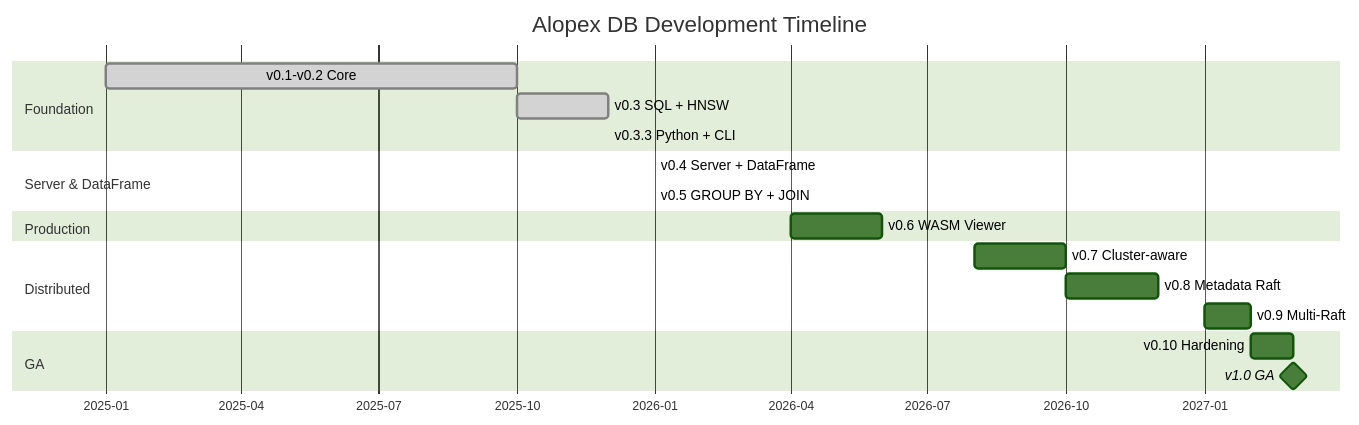
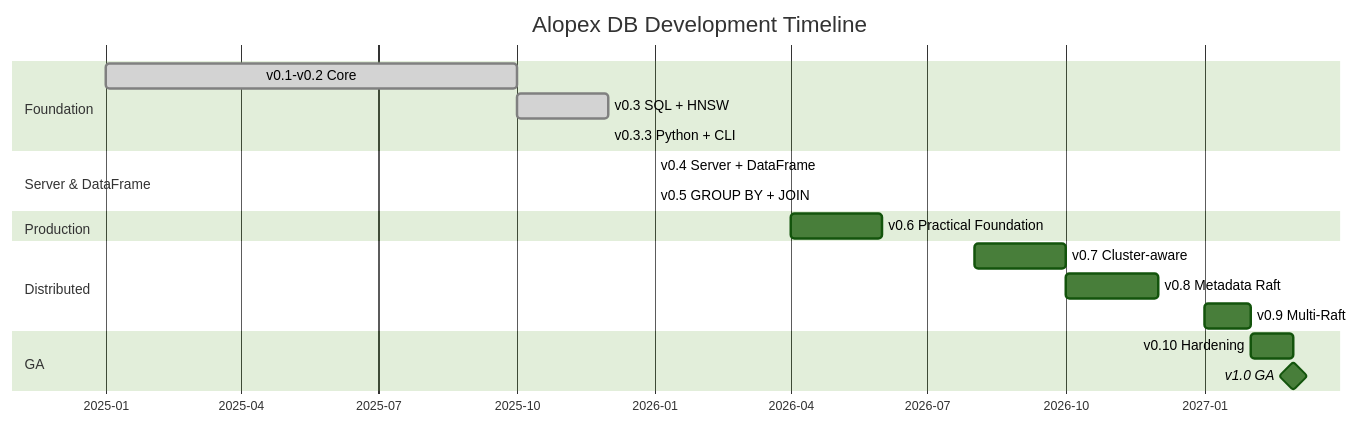
Before and after one commit to alopex-db/alopex-db.github.io: the diagram in docs/roadmap.md, drawn with Mermaid (forest theme). The commit also changed other lines of this file, not shown here.

Commit message:
roadmap: shift v0.6 to practical foundation and defer wasm

````diff
--- a/docs/roadmap.md
+++ b/docs/roadmap.md
@@ -30,27 +30,27 @@
 ```mermaid
 gantt
     title Alopex DB Development Timeline
     dateFormat  YYYY-MM
     axisFormat  %Y-%m
 
     section Foundation
     v0.1-v0.2 Core          :done, 2025-01, 2025-10
     v0.3 SQL + HNSW         :done, 2025-10, 2025-12
     v0.3.3 Python + CLI     :done, 2025-12, 2025-12
 
     section Server & DataFrame
     v0.4 Server + DataFrame :done, 2026-01, 2026-01
     v0.5 GROUP BY + JOIN    :done, 2026-01, 2026-01
 
     section Production
-    v0.6 WASM Viewer        :2026-04, 2026-06
+    v0.6 Practical Foundation :2026-04, 2026-06
 
     section Distributed
     v0.7 Cluster-aware      :2026-08, 2026-10
     v0.8 Metadata Raft      :2026-10, 2026-12
     v0.9 Multi-Raft         :2027-01, 2027-02
 
     section GA
     v0.10 Hardening         :2027-02, 2027-03
     v1.0 GA                 :milestone, 2027-03, 0d
 ```
````
